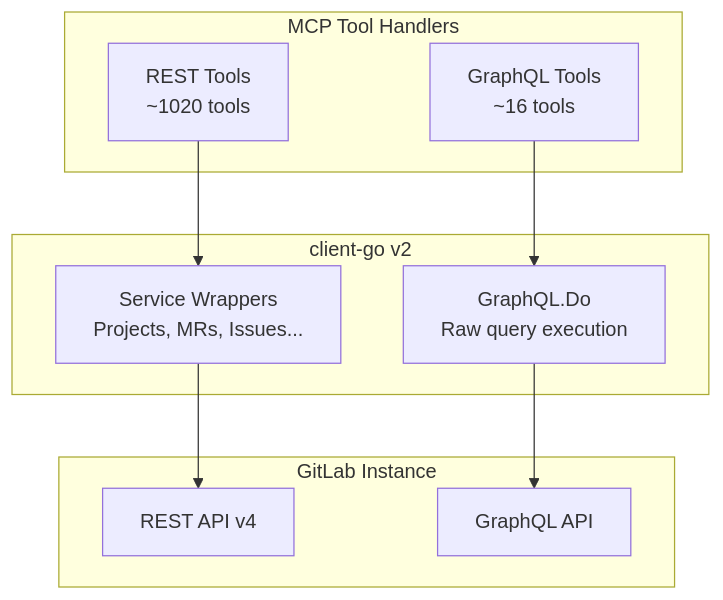
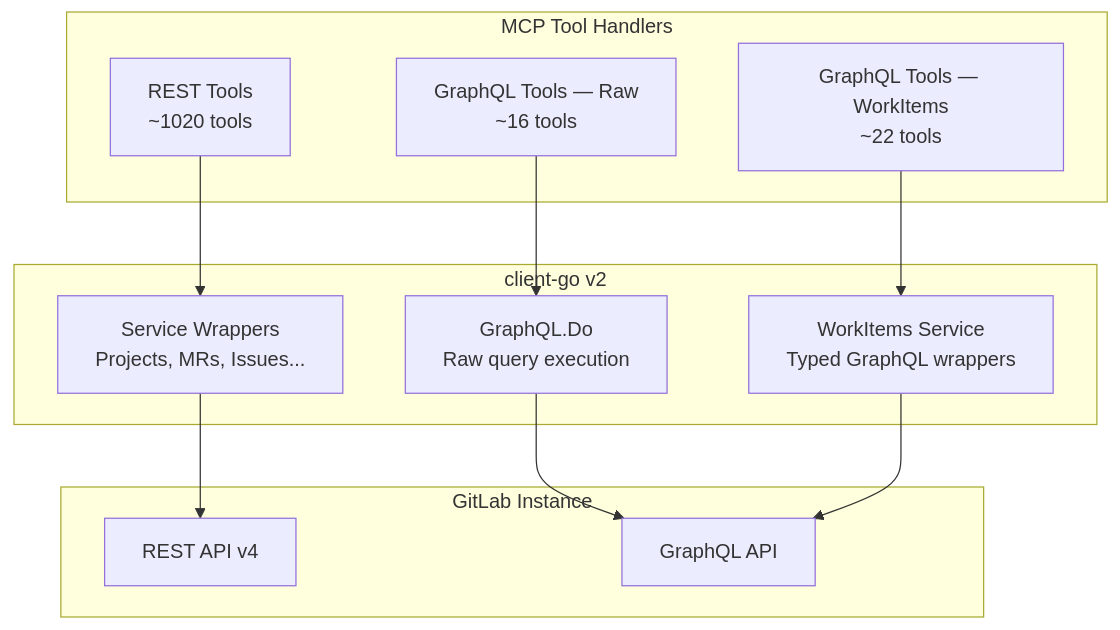
The diagram in docs/graphql.md (jmrplens/gitlab-mcp-server), drawn with Mermaid before and after one commit. The commit also changed other lines of this file and 61 other files, not shown here.

First line of the commit message:
feat(epics): migrate epic domain to Work Items GraphQL API

````diff
--- a/docs/graphql.md
+++ b/docs/graphql.md
@@ -40,22 +44,26 @@
 ```mermaid
 graph TD
     subgraph "MCP Tool Handlers"
         A[REST Tools<br/>~1020 tools]
-        B[GraphQL Tools<br/>~16 tools]
+        B[GraphQL Tools — Raw<br/>~16 tools]
+        G[GraphQL Tools — WorkItems<br/>~22 tools]
     end
 
     subgraph "client-go v2"
         C[Service Wrappers<br/>Projects, MRs, Issues...]
         D[GraphQL.Do<br/>Raw query execution]
+        H[WorkItems Service<br/>Typed GraphQL wrappers]
     end
 
     subgraph "GitLab Instance"
         E[REST API v4]
         F[GraphQL API]
     end
 
     A --> C
     B --> D
+    G --> H
     C --> E
     D --> F
+    H --> F
 ```
````
